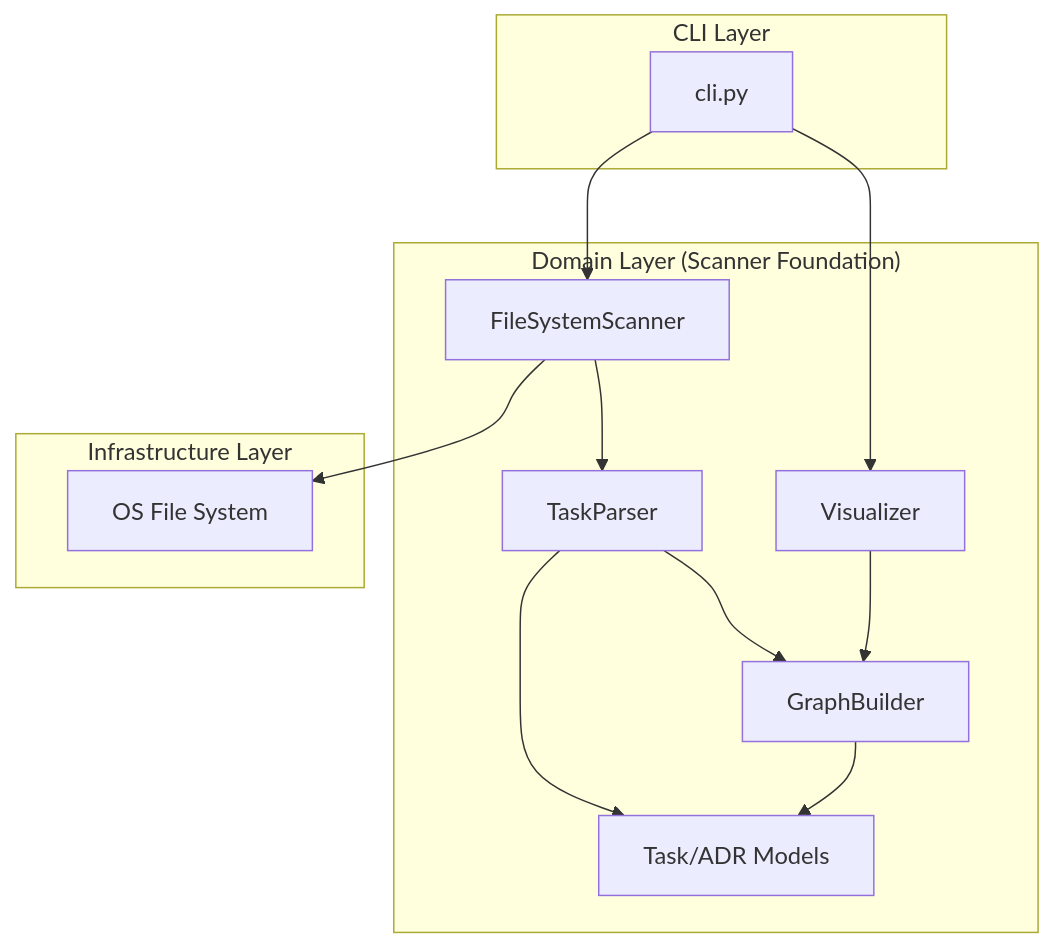
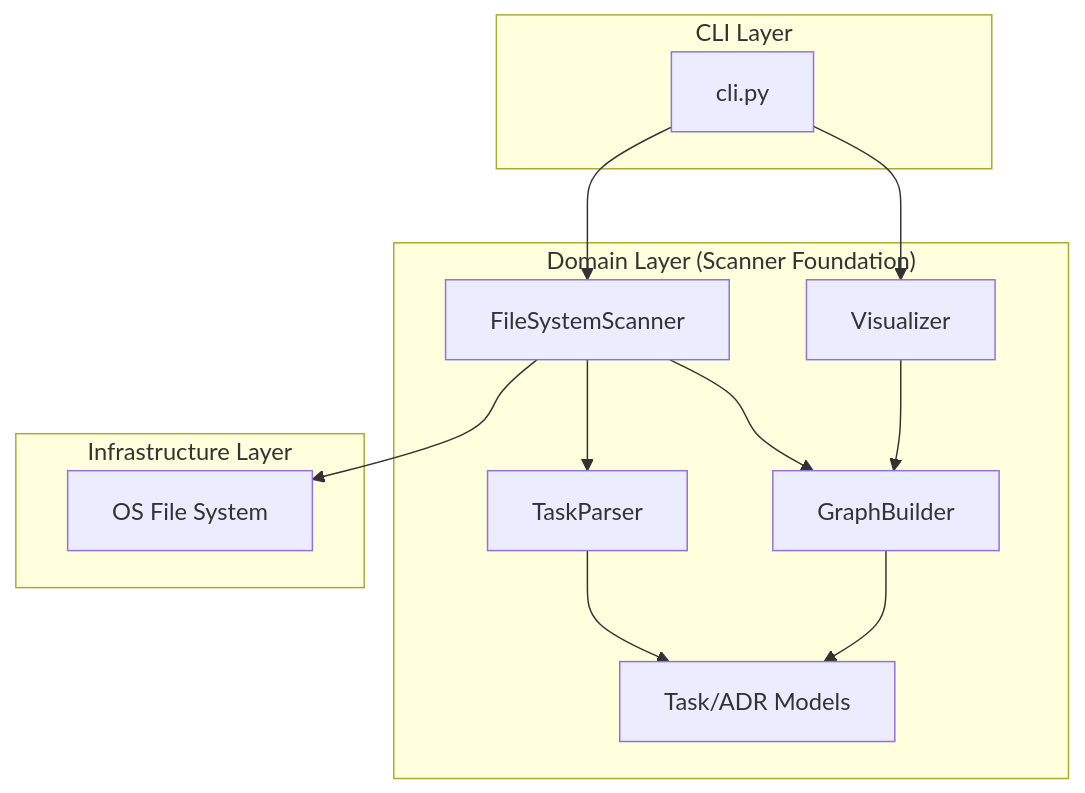
One commit to masa-codehub/issue_creator_kit changed the first of 3 diagrams in docs/architecture/arch-structure-008-scanner.md. Above: the diagram before and after it, drawn with Mermaid. The commit also changed other lines of this file and 3 other files, not shown here.

````diff
--- a/docs/architecture/arch-structure-008-scanner.md
+++ b/docs/architecture/arch-structure-008-scanner.md
@@ -10,27 +10,27 @@
 ```mermaid
 graph TD
     subgraph "CLI Layer"
         CLI[cli.py]
     end
 
     subgraph "Domain Layer (Scanner Foundation)"
         FS[FileSystemScanner]
         Parser[TaskParser]
         Builder[GraphBuilder]
         Model[Task/ADR Models]
         Visualizer[Visualizer]
     end
 
     subgraph "Infrastructure Layer"
         OS[OS File System]
     end
 
     CLI --> FS
+    CLI --> Visualizer
     FS --> OS
     FS --> Parser
+    FS --> Builder
     Parser --> Model
-    Parser --> Builder
     Builder --> Model
-    CLI --> Visualizer
     Visualizer --> Builder
 ```
````
